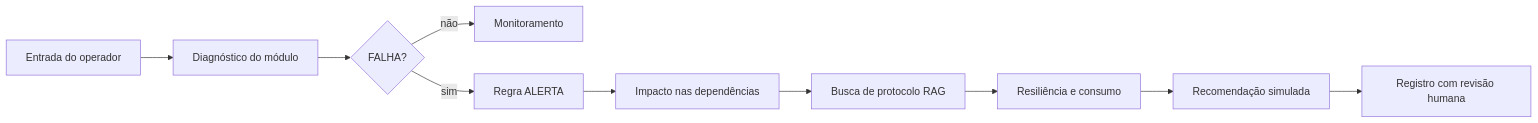
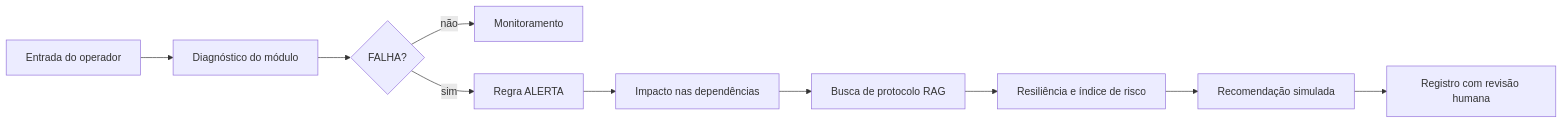
The diagram in README.md (Fuchens28/fiap-fase-5-aurora-siger), drawn with Mermaid before and after one commit. The commit also changed other lines of this file and 15 other files, not shown here.

````diff
--- a/README.md
+++ b/README.md
@@ -65,12 +62,12 @@
 ```mermaid
 flowchart LR
     A[Entrada do operador] --> B[Diagnóstico do módulo]
     B --> C{FALHA?}
     C -->|não| D[Monitoramento]
     C -->|sim| E[Regra ALERTA]
     E --> F[Impacto nas dependências]
     F --> G[Busca de protocolo RAG]
-    G --> H[Resiliência e consumo]
+    G --> H[Resiliência e índice de risco]
     H --> I[Recomendação simulada]
     I --> J[Registro com revisão humana]
 ```
````
